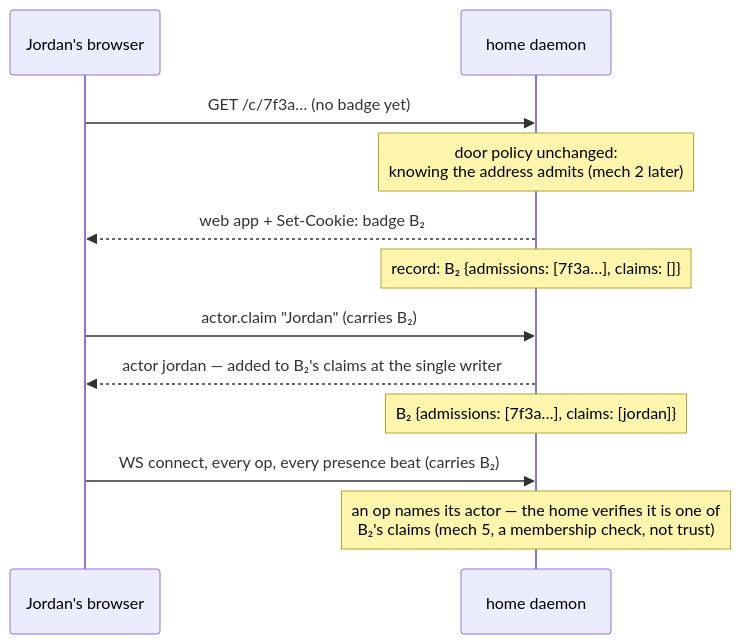
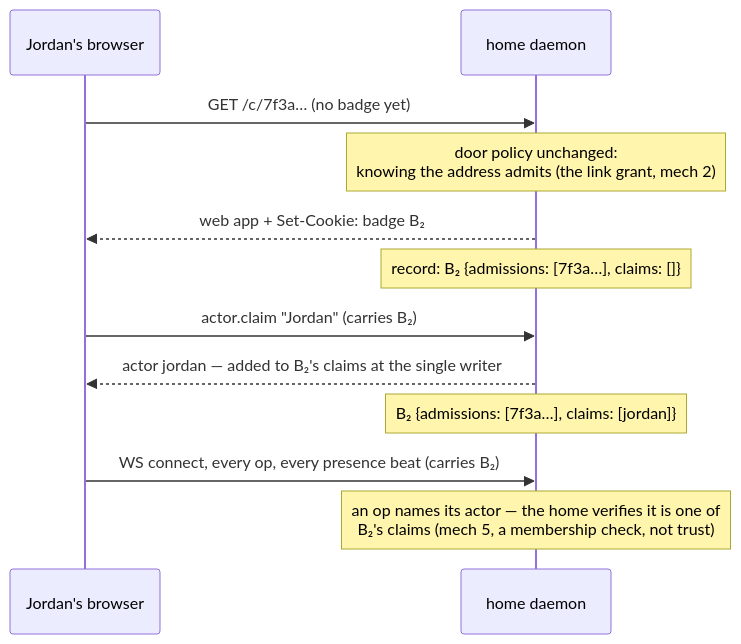
The second of 6 diagrams in docs/design/identity-desk.md (dglazkov/isocan), drawn with Mermaid before and after one commit. The commit also changed other lines of this file and 2 other files, not shown here.

````diff
--- a/docs/design/identity-desk.md
+++ b/docs/design/identity-desk.md
@@ -160,14 +161,14 @@
 ```mermaid
 sequenceDiagram
     participant J as Jordan's browser
     participant H as home daemon
     J->>H: GET /c/7f3a… (no badge yet)
-    Note over H: door policy unchanged:<br/>knowing the address admits (mech 2 later)
+    Note over H: door policy unchanged:<br/>knowing the address admits (the link grant, mech 2)
     H-->>J: web app + Set-Cookie: badge B₂
     Note over H: record: B₂ {admissions: [7f3a…], claims: []}
     J->>H: actor.claim "Jordan" (carries B₂)
     H-->>J: actor jordan — added to B₂'s claims at the single writer
     Note over H: B₂ {admissions: [7f3a…], claims: [jordan]}
     J->>H: WS connect, every op, every presence beat (carries B₂)
     Note over H: an op names its actor — the home verifies it is one of<br/>B₂'s claims (mech 5, a membership check, not trust)
 ```
````
